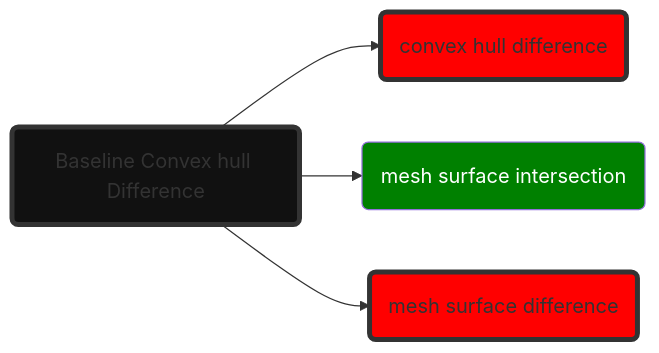
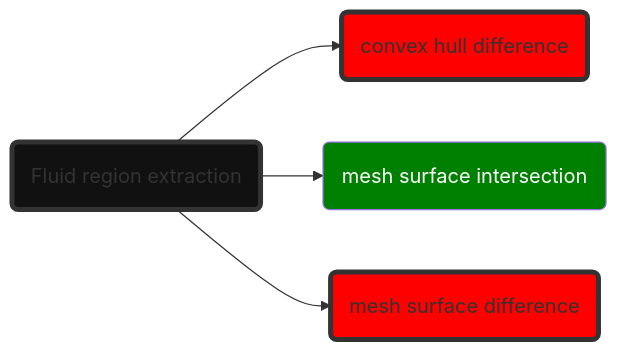
One commit to paragpathak2006/test_water changed the first of 3 diagrams in README.md. Above: the diagram before and after it, drawn with Mermaid. The commit also changed other lines of this file, not shown here.

Commit message:
Updated README graphs to reflect fluid region extraction

````diff
--- a/README.md
+++ b/README.md
@@ -61,10 +61,10 @@
 ```mermaid
 graph LR;
-    X(Baseline Convex hull Difference) --> A(convex hull difference);
+    X(Fluid region extraction) --> A(convex hull difference);
     X --> B(mesh surface intersection);
     X --> C(mesh surface difference);
     style X fill:#111111,stroke:#333,stroke-width:4px
     style A fill:red,stroke:#333,stroke-width:4px
     style B fill:green,color:#fff
     style C fill:red,stroke:#333,stroke-width:4px
 ```
````
